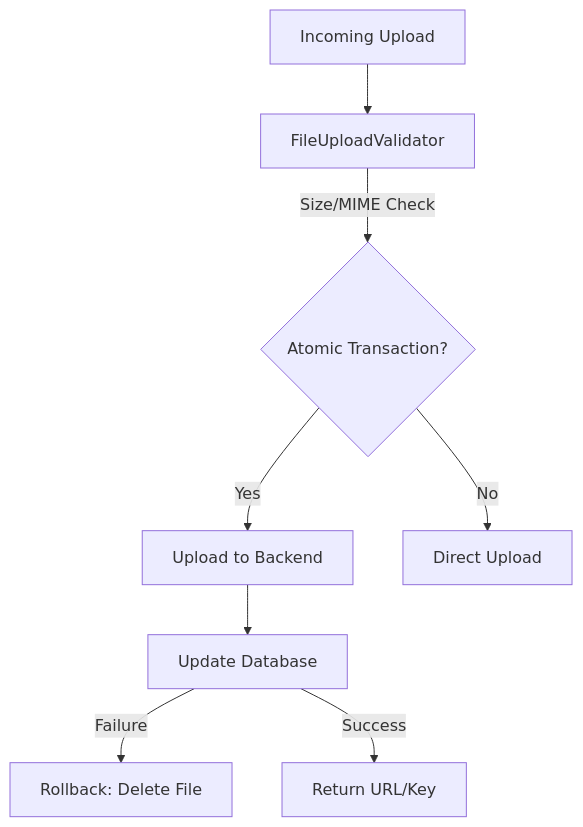
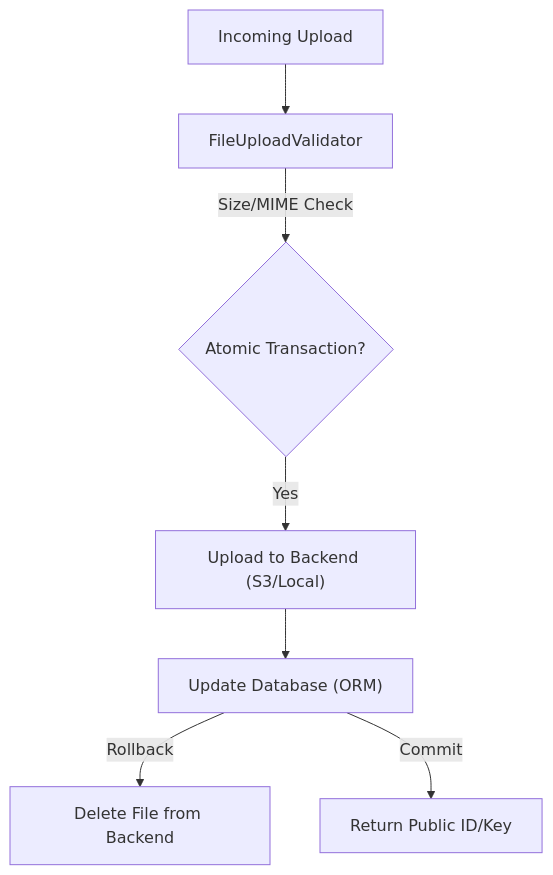
One commit to kwabenaberko25/eden changed the diagram in docs/guides/storage.md. Above: the diagram before and after it, drawn with Mermaid. The commit also changed other lines of this file and 54 other files, not shown here.

````diff
--- a/docs/guides/storage.md
+++ b/docs/guides/storage.md
@@ -13,10 +11,9 @@
 ```mermaid
 graph TD
     A["Incoming Upload"] --> B["FileUploadValidator"]
     B -- "Size/MIME Check" --> C{"Atomic Transaction?"}
-    C -- "Yes" --> D["Upload to Backend"]
-    D --> E["Update Database"]
-    E -- "Failure" --> F["Rollback: Delete File"]
-    E -- "Success" --> G["Return URL/Key"]
-    C -- "No" --> H["Direct Upload"]
+    C -- "Yes" --> D["Upload to Backend (S3/Local)"]
+    D --> E["Update Database (ORM)"]
+    E -- "Rollback" --> F["Delete File from Backend"]
+    E -- "Commit" --> G["Return Public ID/Key"]
 ```
````
